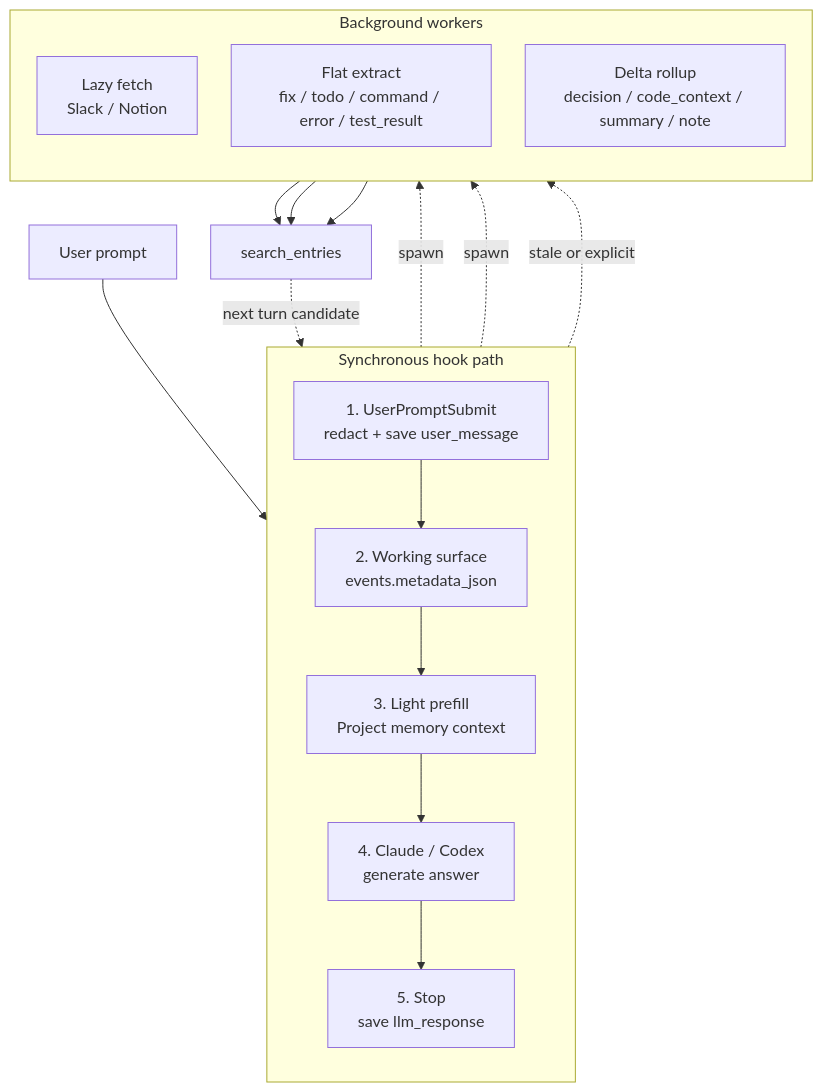
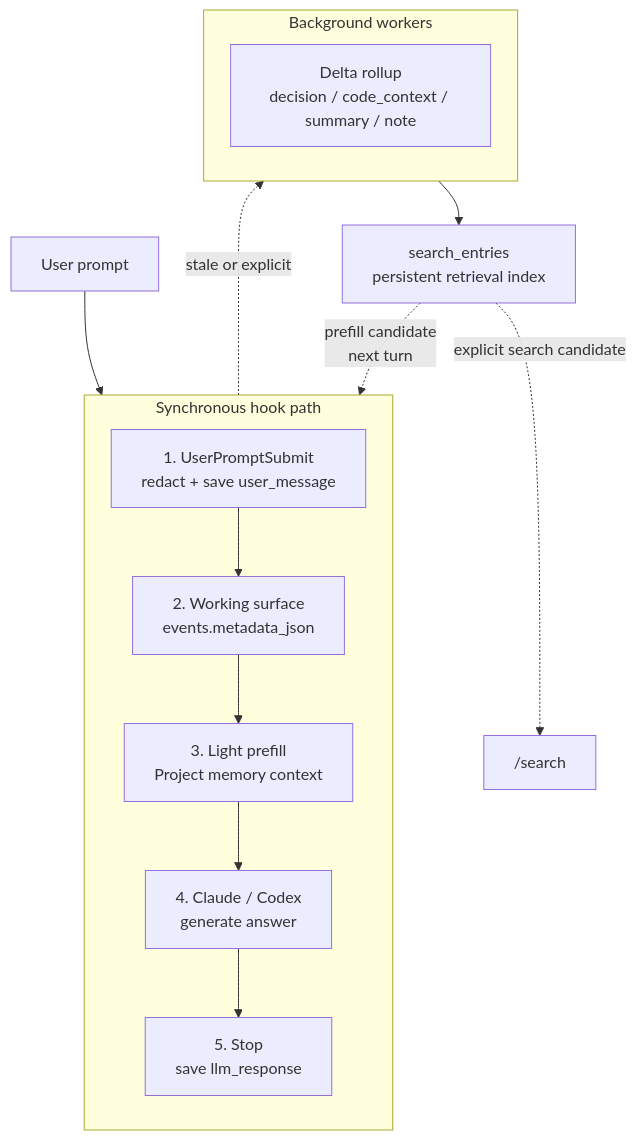
One commit to taeuk178/MultiAgentCLI changed the first of 3 diagrams in Document/flow.md. Above: the diagram before and after it, drawn with Mermaid. The commit also changed other lines of this file and 18 other files, not shown here.

````diff
--- a/Document/flow.md
+++ b/Document/flow.md
@@ -36,30 +38,27 @@
 ```mermaid
 %%{init: {'flowchart': {'useMaxWidth': true, 'rankSpacing': 44, 'nodeSpacing': 34}, 'theme': 'default'}}%%
 flowchart TB
     U["User prompt"]
 
     subgraph SYNC["Synchronous hook path"]
       direction TB
       UPS["1. UserPromptSubmit<br/>redact + save user_message"]
       SURF["2. Working surface<br/>events.metadata_json"]
       PREFILL["3. Light prefill<br/>Project memory context"]
       MODEL["4. Claude / Codex<br/>generate answer"]
       STOP["5. Stop<br/>save llm_response"]
     end
 
     subgraph ASYNC["Background workers"]
       direction TB
-      LF["Lazy fetch<br/>Slack / Notion"]
-      FLAT["Flat extract<br/>fix / todo / command / error / test_result"]
       ROLL["Delta rollup<br/>decision / code_context / summary / note"]
     end
 
+    SEARCH_ENTRIES["search_entries<br/>persistent retrieval index"]
+
     U --> UPS --> SURF --> PREFILL --> MODEL --> STOP
-    UPS -.spawn.-> LF
-    STOP -.spawn.-> FLAT
     SURF -.stale or explicit.-> ROLL
-    LF --> SE["search_entries"]
-    FLAT --> SE
-    ROLL --> SE
-    SE -.next turn candidate.-> PREFILL
+    ROLL --> SEARCH_ENTRIES
+    SEARCH_ENTRIES -.prefill candidate<br/>next turn.-> PREFILL
+    SEARCH_ENTRIES -.explicit search candidate.-> SEARCH["/search"]
 ```
````
